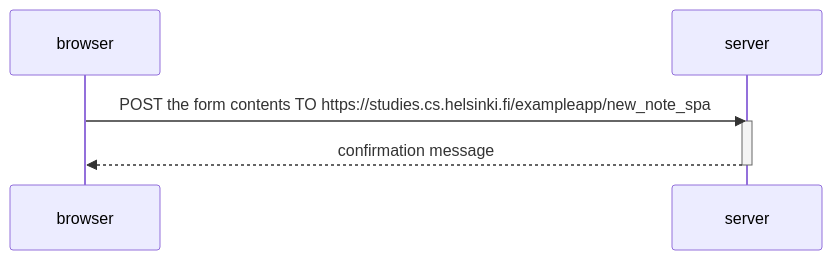
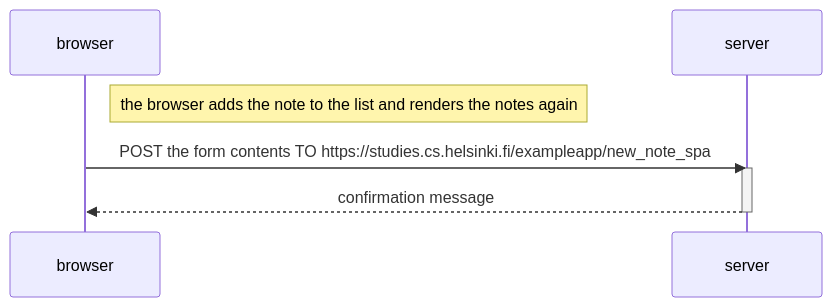
Before and after one commit to LassiRopponen/Fullstack-PalautusRepo: the diagram in osa0/0.6.md, drawn with Mermaid.

````diff
--- a/osa0/0.6.md
+++ b/osa0/0.6.md
@@ -1,10 +1,12 @@
 ```mermaid
 sequenceDiagram
     participant browser
     participant server
-    
+
+    Note right of browser: the browser adds the note to the list and renders the notes again
+
     browser->>server: POST the form contents TO https://studies.cs.helsinki.fi/exampleapp/new_note_spa
     activate server
     server-->>browser: confirmation message
     deactivate server    
 ```
````
